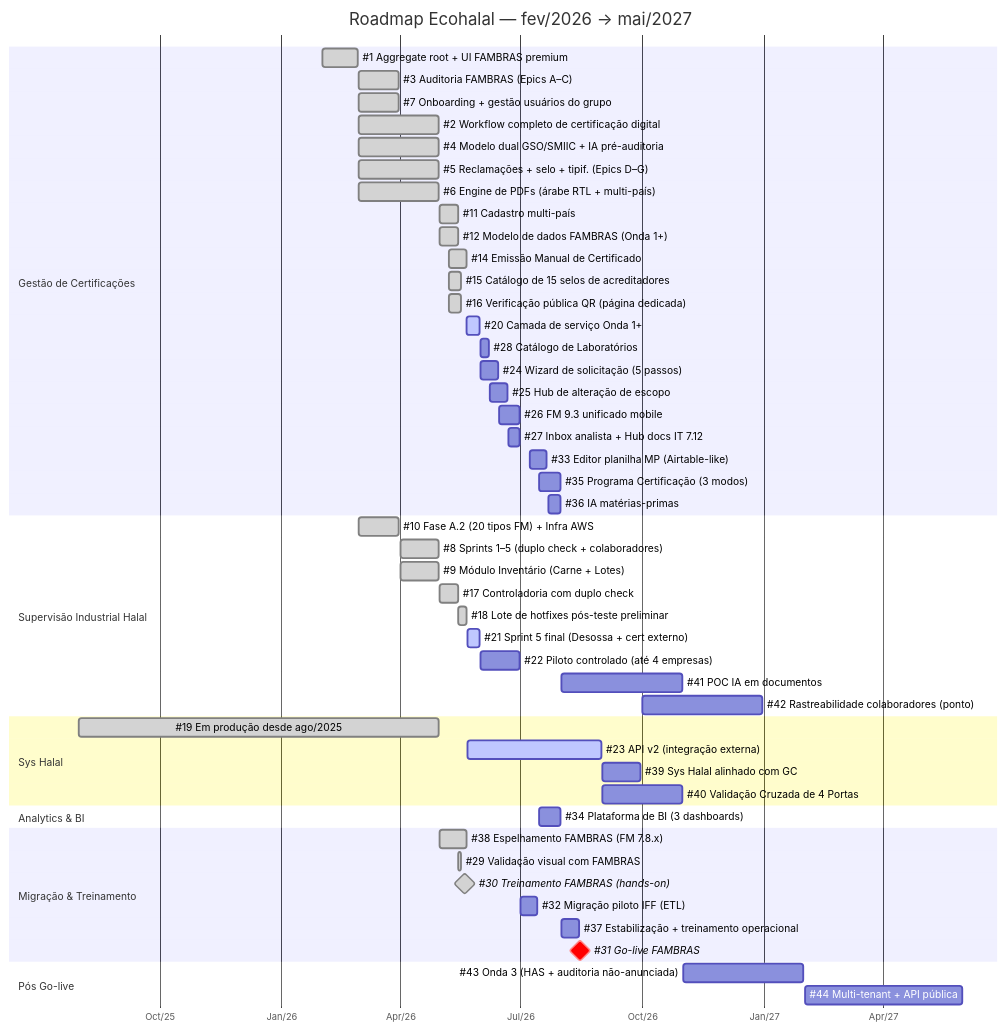
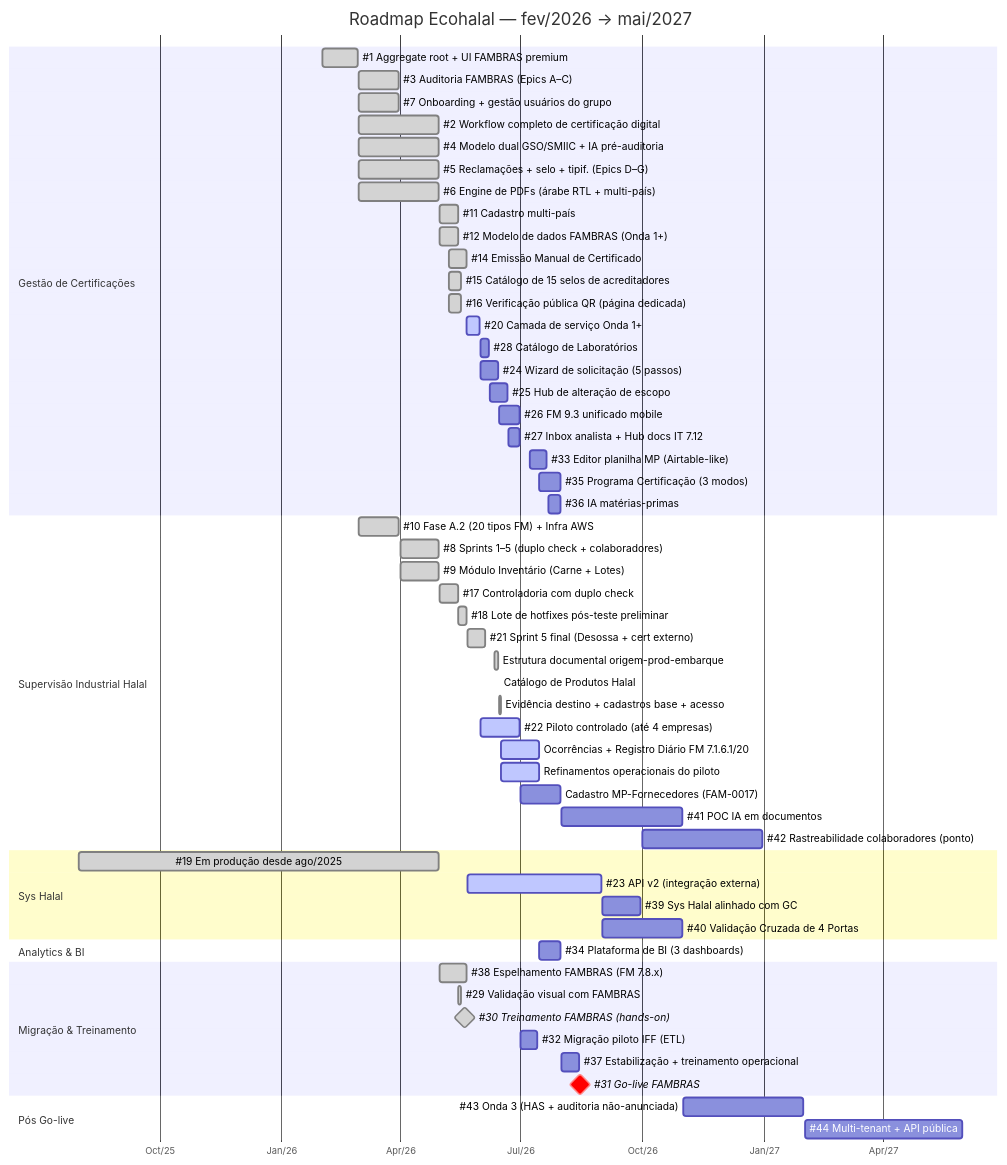
One commit to Ecohalal/sih-docs changed the diagram in PLANNING/ROADMAP-GANTT-2026.md. Above: the diagram before and after it, drawn with Mermaid.

Commit message:
docs(planning): espelho Gantt sincronizado (entregas SIH jun + prioridades jun-jul)

````diff
--- a/PLANNING/ROADMAP-GANTT-2026.md
+++ b/PLANNING/ROADMAP-GANTT-2026.md
@@ -18,61 +18,67 @@
 ```mermaid
 gantt
     title Roadmap Ecohalal — fev/2026 → mai/2027
     dateFormat YYYY-MM-DD
     axisFormat %b/%y
 
     section Gestão de Certificações
     #1 Aggregate root + UI FAMBRAS premium       :done,  g01,  2026-02-01, 2026-02-28
     #3 Auditoria FAMBRAS (Epics A–C)             :done,  g03,  2026-03-01, 2026-03-31
     #7 Onboarding + gestão usuários do grupo     :done,  g07,  2026-03-01, 2026-03-31
     #2 Workflow completo de certificação digital :done,  g02,  2026-03-01, 2026-04-30
     #4 Modelo dual GSO/SMIIC + IA pré-auditoria  :done,  g04,  2026-03-01, 2026-04-30
     #5 Reclamações + selo + tipif. (Epics D–G)   :done,  g05,  2026-03-01, 2026-04-30
     #6 Engine de PDFs (árabe RTL + multi-país)   :done,  g06,  2026-03-01, 2026-04-30
     #11 Cadastro multi-país                      :done,  g11,  2026-05-01, 2026-05-15
     #12 Modelo de dados FAMBRAS (Onda 1+)        :done,  g12,  2026-05-01, 2026-05-15
     #14 Emissão Manual de Certificado            :done,  g14,  2026-05-08, 2026-05-21
     #15 Catálogo de 15 selos de acreditadores    :done,  g15,  2026-05-08, 2026-05-17
     #16 Verificação pública QR (página dedicada) :done,  g16,  2026-05-08, 2026-05-17
     #20 Camada de serviço Onda 1+                :active, g20, 2026-05-21, 2026-05-31
     #28 Catálogo de Laboratórios                 :       g28,  2026-06-01, 2026-06-07
     #24 Wizard de solicitação (5 passos)         :       g24,  2026-06-01, 2026-06-14
     #25 Hub de alteração de escopo               :       g25,  2026-06-08, 2026-06-21
     #26 FM 9.3 unificado mobile                  :       g26,  2026-06-15, 2026-06-30
     #27 Inbox analista + Hub docs IT 7.12        :       g27,  2026-06-22, 2026-06-30
     #33 Editor planilha MP (Airtable-like)       :       g33,  2026-07-08, 2026-07-21
     #35 Programa Certificação (3 modos)          :       g35,  2026-07-15, 2026-07-31
     #36 IA matérias-primas                       :       g36,  2026-07-22, 2026-07-31
 
     section Supervisão Industrial Halal
     #10 Fase A.2 (20 tipos FM) + Infra AWS       :done,  s10,  2026-03-01, 2026-03-31
     #8 Sprints 1–5 (duplo check + colaboradores) :done,  s08,  2026-04-01, 2026-04-30
     #9 Módulo Inventário (Carne + Lotes)         :done,  s09,  2026-04-01, 2026-04-30
     #17 Controladoria com duplo check            :done,  s17,  2026-05-01, 2026-05-15
     #18 Lote de hotfixes pós-teste preliminar    :done,  s18,  2026-05-15, 2026-05-21
-    #21 Sprint 5 final (Desossa + cert externo)  :active, s21, 2026-05-22, 2026-05-31
-    #22 Piloto controlado (até 4 empresas)       :       s22,  2026-06-01, 2026-06-30
+    #21 Sprint 5 final (Desossa + cert externo)  :done,  s21,  2026-05-22, 2026-06-04
+    Estrutura documental origem-prod-embarque    :done,  s45,  2026-06-11, 2026-06-14
+    Catálogo de Produtos Halal                   :done,  s46,  2026-06-15, 2026-06-15
+    Evidência destino + cadastros base + acesso  :done,  s47,  2026-06-15, 2026-06-16
+    #22 Piloto controlado (até 4 empresas)       :active, s22, 2026-06-01, 2026-06-30
+    Ocorrências + Registro Diário FM 7.1.6.1/20  :active, s48, 2026-06-16, 2026-07-15
+    Refinamentos operacionais do piloto          :active, s49, 2026-06-16, 2026-07-15
+    Cadastro MP-Fornecedores (FAM-0017)          :       s50,  2026-07-01, 2026-07-31
     #41 POC IA em documentos                     :       s41,  2026-08-01, 2026-10-31
     #42 Rastreabilidade colaboradores (ponto)    :       s42,  2026-10-01, 2026-12-31
 
     section Sys Halal
     #19 Em produção desde ago/2025               :done,  y19,  2025-08-01, 2026-04-30
     #23 API v2 (integração externa)              :active, y23, 2026-05-22, 2026-08-31
     #39 Sys Halal alinhado com GC                :       y39,  2026-09-01, 2026-09-30
     #40 Validação Cruzada de 4 Portas            :       y40,  2026-09-01, 2026-10-31
 
     section Analytics & BI
     #34 Plataforma de BI (3 dashboards)          :       bi01, 2026-07-15, 2026-07-31
 
     section Migração & Treinamento
     #38 Espelhamento FAMBRAS (FM 7.8.x)          :done,  m38,  2026-05-01, 2026-05-21
     #29 Validação visual com FAMBRAS             :done,  m29,  2026-05-15, 2026-05-17
     #30 Treinamento FAMBRAS (hands-on)           :done, milestone, m30, 2026-05-20, 0d
     #32 Migração piloto IFF (ETL)                :       m32,  2026-07-01, 2026-07-14
     #37 Estabilização + treinamento operacional  :       m37,  2026-08-01, 2026-08-14
     #31 Go-live FAMBRAS                          :crit, milestone, m31, 2026-08-15, 0d
 
     section Pós Go-live
     #43 Onda 3 (HAS + auditoria não-anunciada)   :       p43,  2026-11-01, 2027-01-31
     #44 Multi-tenant + API pública               :       p44,  2027-02-01, 2027-05-31
 ```
````
